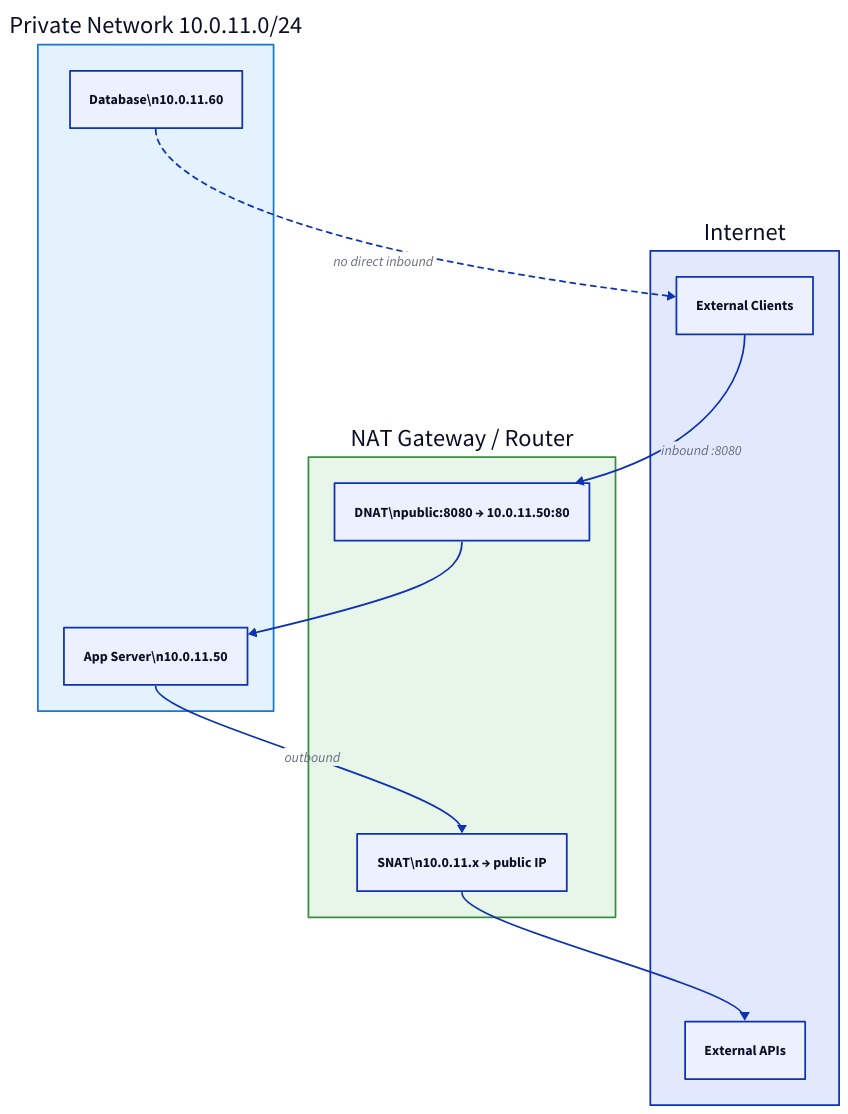
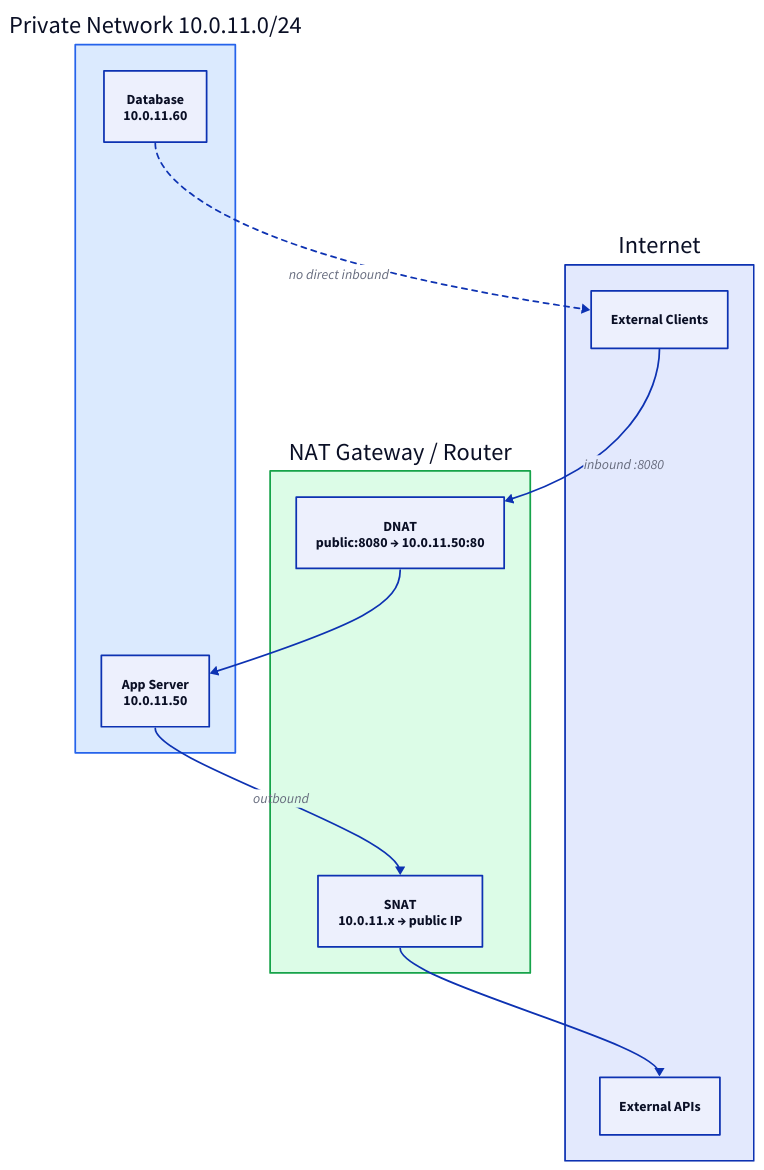
The diagram in docs/networking/nat-and-port-forwarding.md (rebash-rebash/rebash-academy), drawn with D2 before and after one commit. The commit also changed other lines of this file and 177 other files, not shown here.

First line of the commit message:
Ship Terraform track, diagram polish, and new brand favicon.

````diff
--- a/docs/networking/nat-and-port-forwarding.md
+++ b/docs/networking/nat-and-port-forwarding.md
@@ -55,31 +55,31 @@
 ```d2
 direction: down
 
 Private: "Private Network 10.0.11.0/24" {
       style: {
-        fill: "#e3f2fd"
-        stroke: "#1976d2"
+        fill: "#dbeafe"
+        stroke: "#2563eb"
       }
-        APP: "App Server\\n10.0.11.50"
-        DB: "Database\\n10.0.11.60"
+        APP: "App Server\n10.0.11.50"
+        DB: "Database\n10.0.11.60"
     }
     NATDevice: "NAT Gateway / Router" {
       style: {
-        fill: "#e8f5e9"
-        stroke: "#388e3c"
+        fill: "#dcfce7"
+        stroke: "#16a34a"
       }
-        SNAT: "SNAT\\n10.0.11.x → public IP"
-        DNAT: "DNAT\\npublic:8080 → 10.0.11.50:80"
+        SNAT: "SNAT\n10.0.11.x → public IP"
+        DNAT: "DNAT\npublic:8080 → 10.0.11.50:80"
     }
     Internet: Internet {
         EXT: "External Clients"
         SVC: "External APIs"
     }
     Private.APP -> NATDevice.SNAT: outbound
     NATDevice.SNAT -> Internet.SVC
     Internet.EXT -> NATDevice.DNAT: "inbound :8080"
     NATDevice.DNAT -> Private.APP
     Private.DB -> Internet.EXT: "no direct inbound" {
       style.stroke-dash: 3
     }
 ```
````
